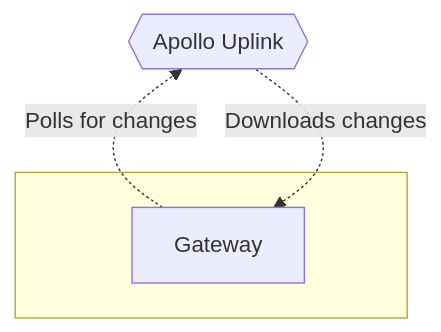
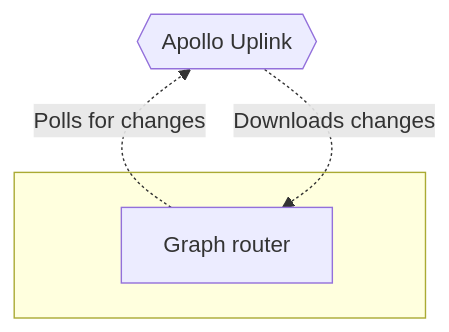
Before and after one commit to apollographql/federation: the third of 3 diagrams in docs/source/quickstart/studio-composition.mdx, drawn with Mermaid. The commit also changed other lines of this file and 9 other files, not shown here.

Commit message:
Revamp quickstart and gateway articles to prioritize router

````diff
--- a/docs/source/quickstart/studio-composition.mdx
+++ b/docs/source/quickstart/studio-composition.mdx
@@ -36,10 +36,10 @@
 ```mermaid
 flowchart BT;
   subgraph " "
-  gateway[Gateway];
+  router[Graph router];
   end
   registry{{Apollo Uplink}};
-  gateway -. Polls for changes .-> registry;
-  registry -. Downloads changes .-> gateway;
+  router -. Polls for changes .-> registry;
+  registry -. Downloads changes .-> router;
   class registry secondary;
 ```
````
